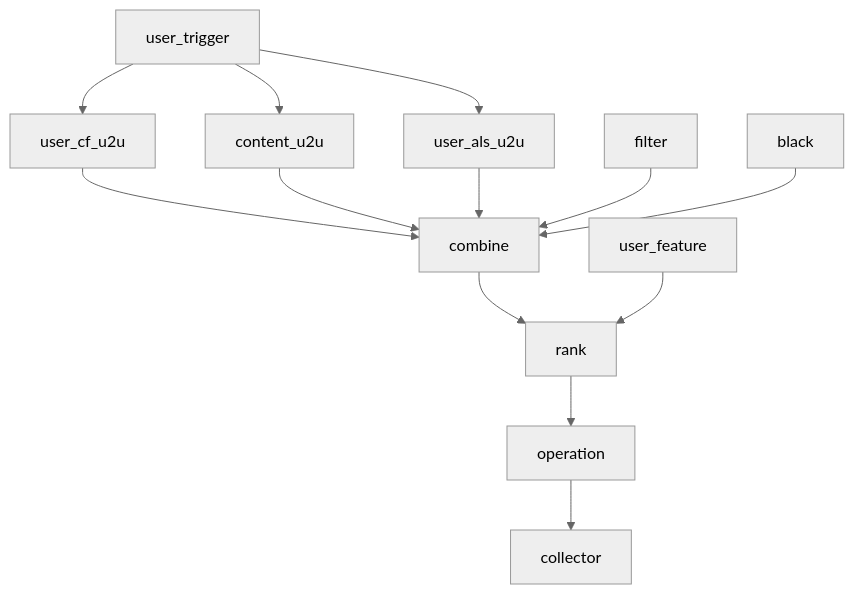
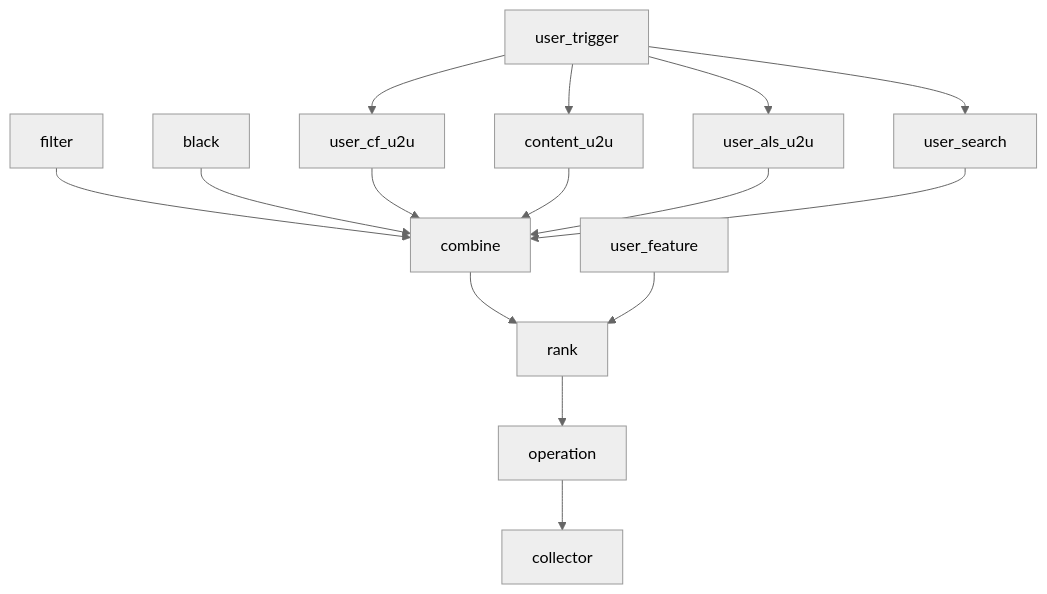
The second of 2 diagrams in README.md (open-rec/rec-server), drawn with Mermaid (neutral theme) before and after one commit. The commit also changed other lines of this file and 36 other files, not shown here.

````diff
--- a/README.md
+++ b/README.md
@@ -59,16 +63,17 @@
 ```mermaid
 flowchart TD
     user_trigger --> user_cf_u2u
     user_trigger --> content_u2u
     user_trigger --> user_als_u2u
-
+    user_trigger --> user_search
+    filter --> combine
+    black --> combine
     user_cf_u2u --> combine
     content_u2u --> combine
     user_als_u2u --> combine
-    filter --> combine
-    black --> combine
-
     combine --> rank
     user_feature --> rank
-    rank --> operation --> collector
+    rank --> operation
+    operation --> collector
+    user_search --> combine
 ```
````
